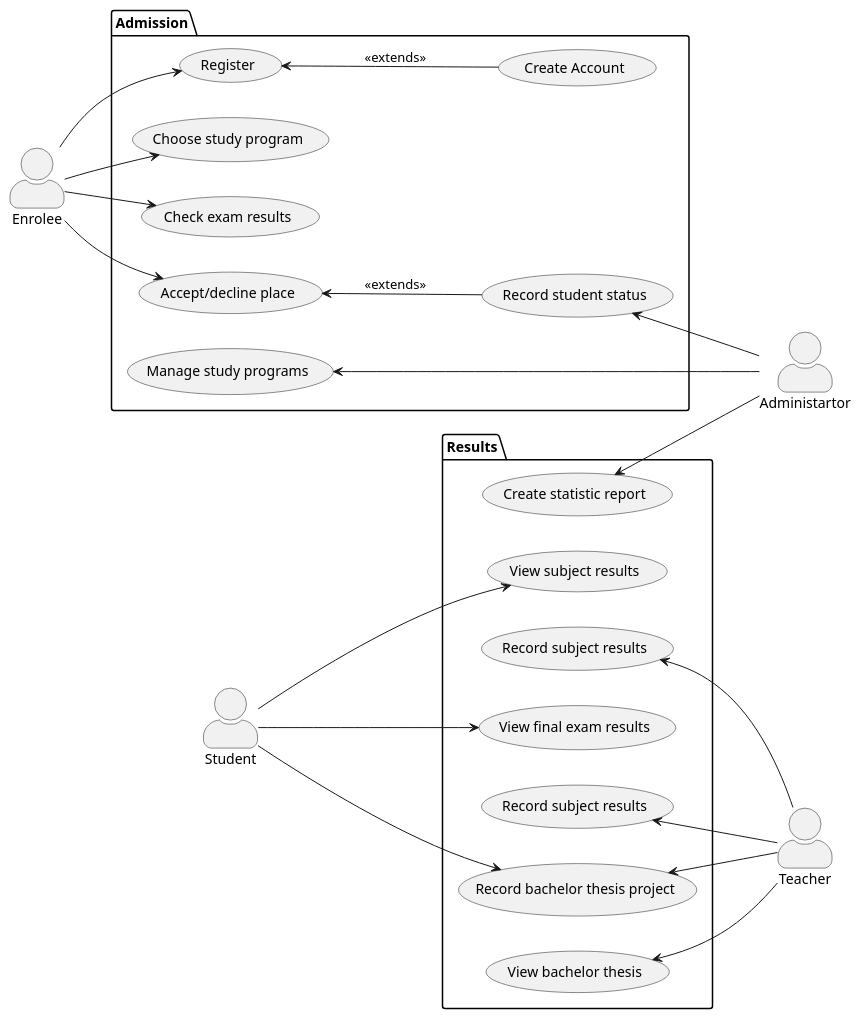
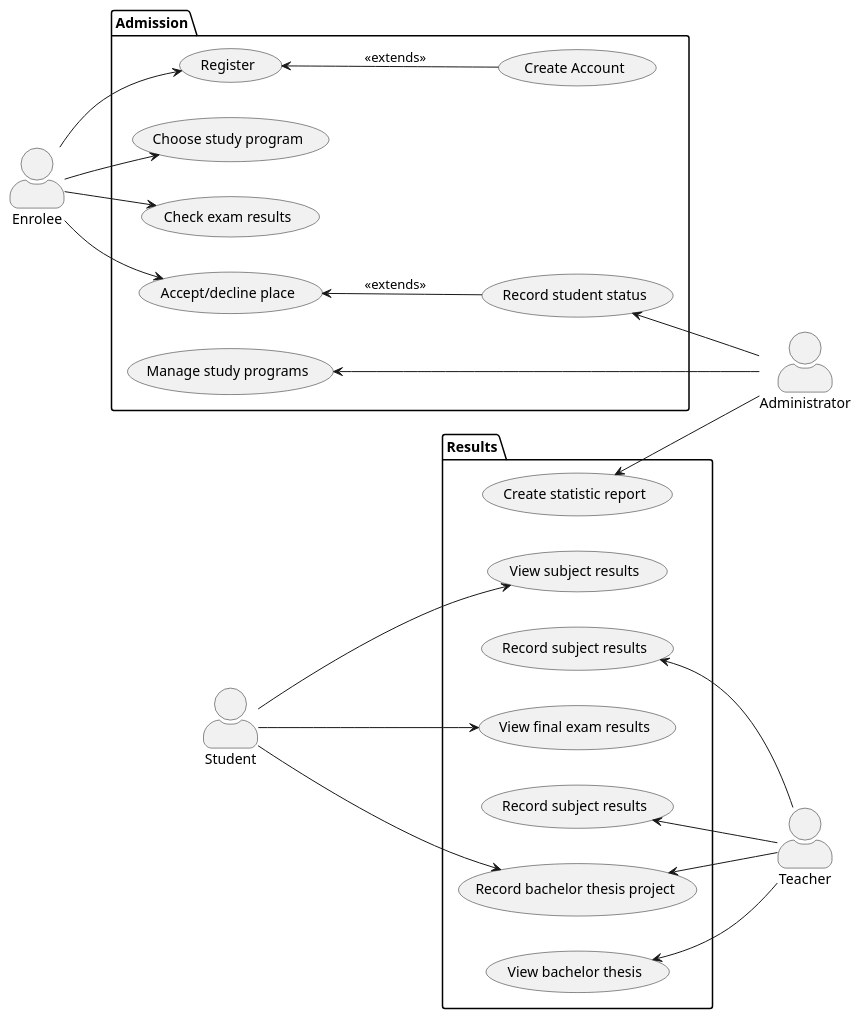
Before and after one commit to 915-Muscalagiu-AncaIoana/NSWI041: the diagram in seminar-work-template.md, drawn with PlantUML. The commit also changed other lines of this file and 1 other file, not shown here.

Commit message:
diagram finished

````diff
--- a/seminar-work-template.md
+++ b/seminar-work-template.md
@@ -49,54 +49,51 @@
 ```plantuml
 @startuml
 left to right direction
 
 skinparam actorStyle awesome
 actor Enrolee as e
-actor Administartor as a
+actor Administrator as a
 actor Student as s
 actor Teacher as t
 
-' package Professional {
-'   actor Chef as c
-'   actor "Food Critic" as fc
-' }
+
 package Admission {
   usecase "Register" as UC1
   usecase "Create Account" as UC2
   usecase "Choose study program" as UC3
   usecase "Manage study programs" as UC4
   usecase "Check exam results" as UC5
   usecase "Record student status" as UC6
   usecase "Accept/decline place" as UC7
 }
 
 e --> UC1
 UC1 <-- UC2 : << extends >>
 e --> UC3
 UC4 <-- a
 e --> UC5
 UC6 <-- a 
 UC7 <-- UC6 : << extends >> 
 e --> UC7
 
 package Results {
   usecase "Create statistic report" as UC14
   usecase "View subject results" as UC8
   usecase "Record subject results" as UC9
   usecase "View final exam results" as UC10
   usecase "Record subject results" as UC11
   usecase "Record bachelor thesis project" as UC12
   usecase "View bachelor thesis" as UC13
 }
 
 UC14 <-- a
 UC9 <-- t
 s --> UC8
 UC11 <-- t
 s --> UC10
 s --> UC12
 UC12 <-- t
 UC13 <-- t
 
 @enduml
 ```
````
